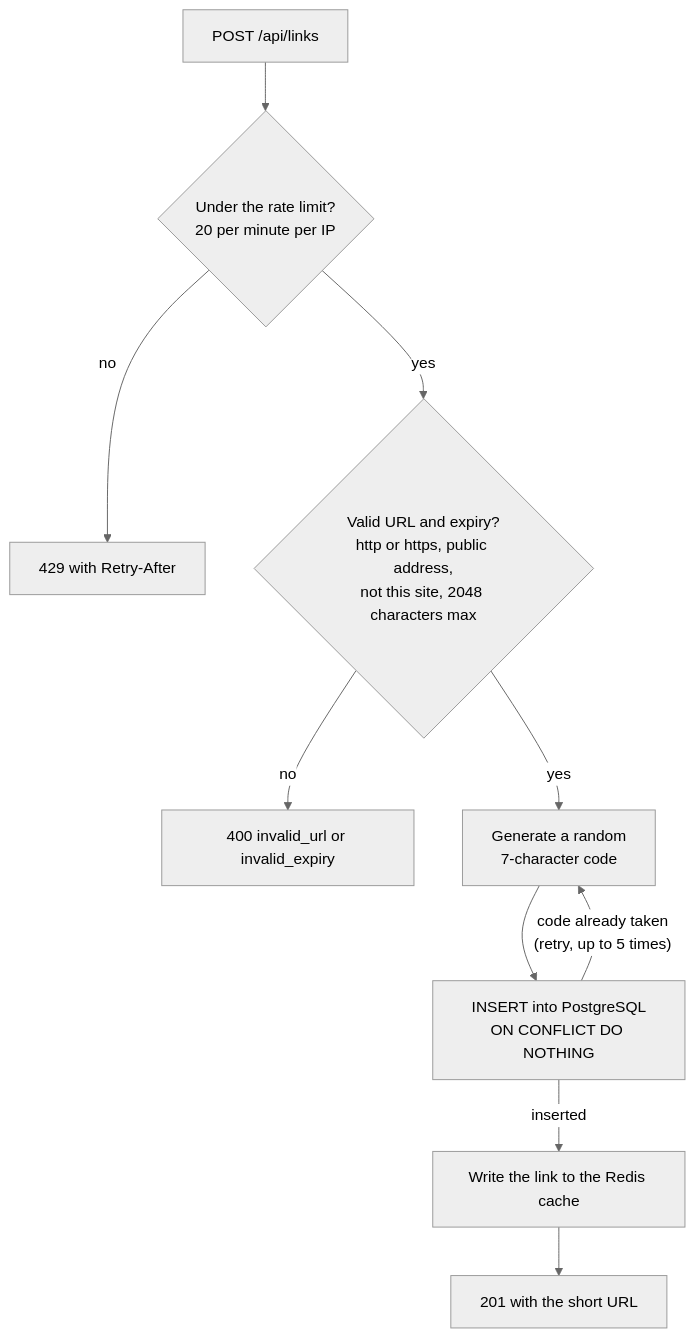
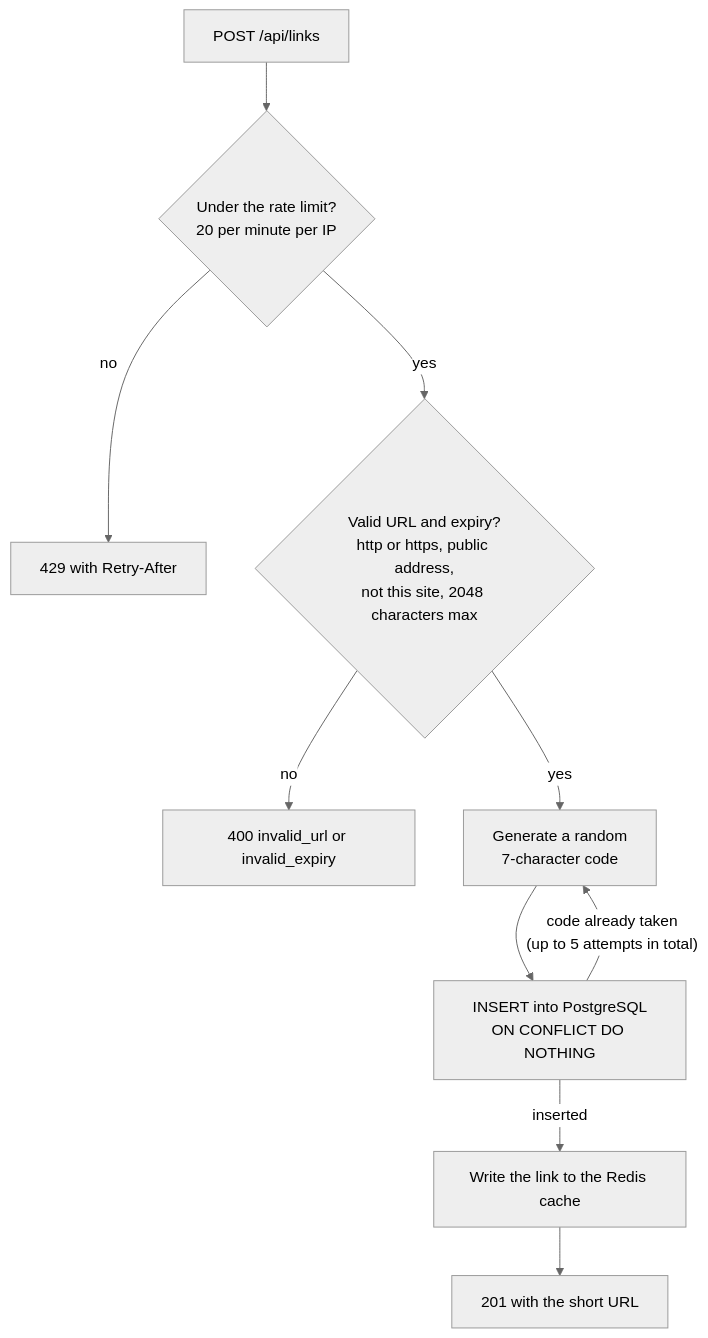
One commit to Thai2229/URL-Shortener changed the third of 4 diagrams in README.md. Above: the diagram before and after it, drawn with Mermaid (neutral theme). The commit also changed other lines of this file, not shown here.

First line of the commit message:
README diagrams: count attempts correctly and say GET redirect

````diff
--- a/README.md
+++ b/README.md
@@ -86,12 +86,12 @@
 ```mermaid
 flowchart TD
     start["POST /api/links"] --> limit{"Under the rate limit?<br/>20 per minute per IP"}
     limit -- no --> e429["429 with Retry-After"]
     limit -- yes --> valid{"Valid URL and expiry?<br/>http or https, public address,<br/>not this site, 2048 characters max"}
     valid -- no --> e400["400 invalid_url or invalid_expiry"]
     valid -- yes --> code["Generate a random<br/>7-character code"]
     code --> insert["INSERT into PostgreSQL<br/>ON CONFLICT DO NOTHING"]
-    insert -- "code already taken<br/>(retry, up to 5 times)" --> code
+    insert -- "code already taken<br/>(up to 5 attempts in total)" --> code
     insert -- inserted --> cache["Write the link to the Redis cache"]
     cache --> ok["201 with the short URL"]
 ```
````
